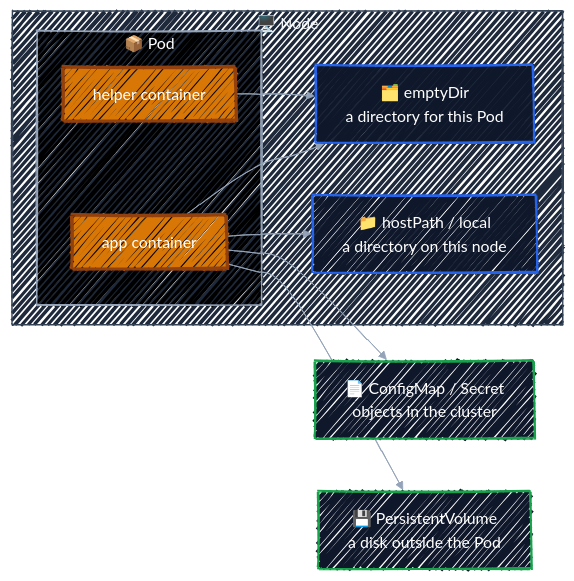
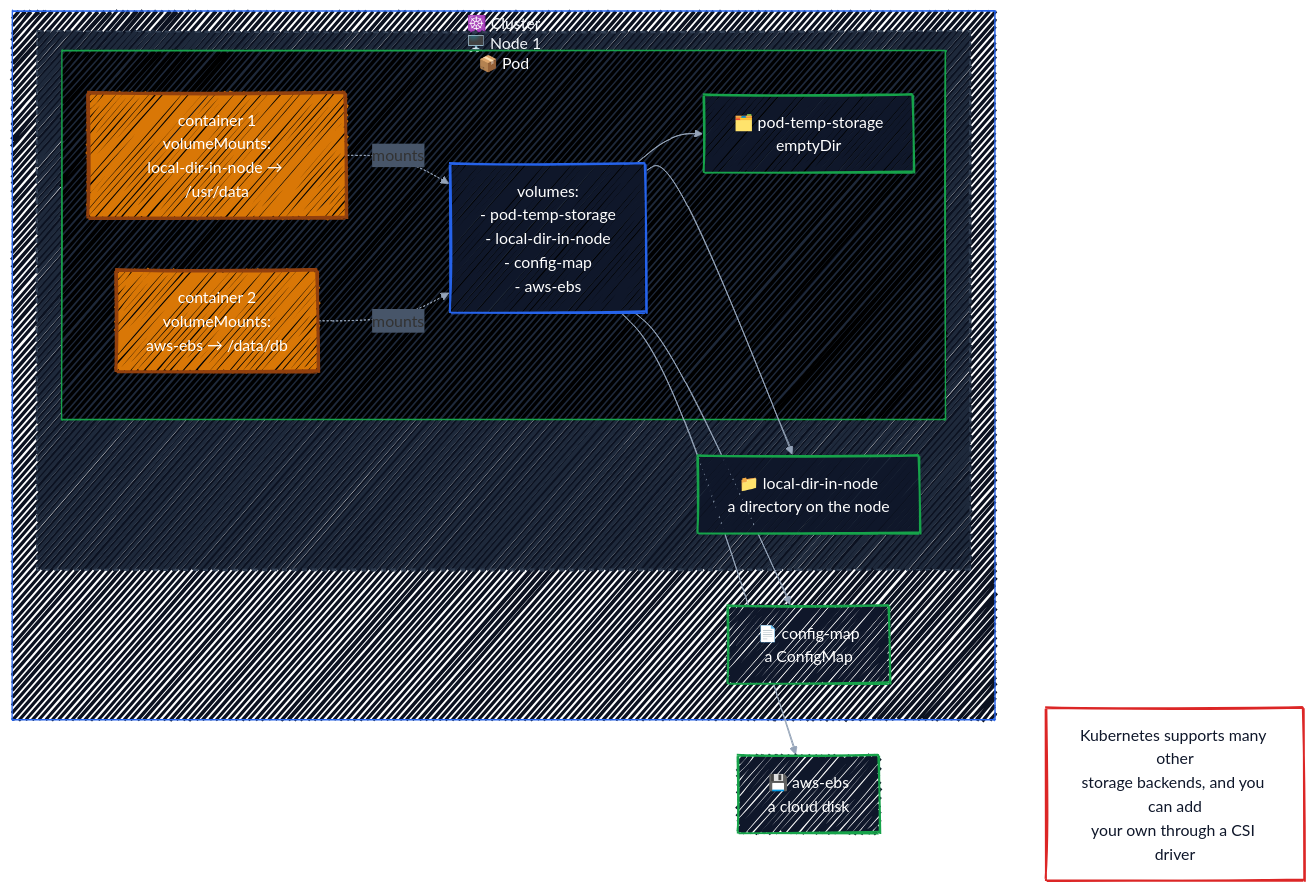
Before and after one commit to r97221004/k8s-tutorial: the diagram in docs/volumes/introduction-to-volumes.md, drawn with Mermaid. The commit also changed other lines of this file, not shown here.

Commit message:
docs: redraw the volumes diagram after the course's layout
Show a Pod with four volumes inside nested cluster, node, and Pod
boxes, so each volume's data sits where it really lives: in the Pod,
on the node, in the cluster, or outside it. Add the note on plugging
in other storage through CSI drivers.

````diff
--- a/docs/volumes/introduction-to-volumes.md
+++ b/docs/volumes/introduction-to-volumes.md
@@ -48,37 +48,49 @@
 ```mermaid
 ---
 config:
   look: handDrawn
   theme: default
   themeVariables:
     fontFamily: '"Comic Sans MS", "Comic Sans", "Segoe Print", "Bradley Hand", cursive'
     lineColor: '#94A3B8'
+    edgeLabelBackground: '#475569'
+  themeCSS: |
+    .edgeLabel, .edgeLabel p, .edgeLabel span { color: #FFFFFF !important; }
 ---
 flowchart LR
-    subgraph node["🖥️ Node"]
-        subgraph pod["📦 Pod"]
-            app["app container"]
-            helper["helper container"]
+    subgraph cluster["☸️ Cluster"]
+        subgraph node["🖥️ Node 1"]
+            subgraph pod["📦 Pod"]
+                vols["volumes:<br/>- pod-temp-storage<br/>- local-dir-in-node<br/>- config-map<br/>- aws-ebs"]
+                c1["container 1<br/>volumeMounts:<br/>local-dir-in-node → /usr/data"]
+                c2["container 2<br/>volumeMounts:<br/>aws-ebs → /data/db"]
+                tmp["🗂️ pod-temp-storage<br/>emptyDir"]
+            end
+            local["📁 local-dir-in-node<br/>a directory on the node"]
         end
-        empty["🗂️ emptyDir<br/>a directory for this Pod"]
-        host["📁 hostPath / local<br/>a directory on this node"]
+        cm["📄 config-map<br/>a ConfigMap"]
     end
-    cm["📄 ConfigMap / Secret<br/>objects in the cluster"]
-    pv["💾 PersistentVolume<br/>a disk outside the Pod"]
+    ebs["💾 aws-ebs<br/>a cloud disk"]
+    note["Kubernetes supports many other<br/>storage backends, and you can add<br/>your own through a CSI driver"]
 
-    app --> empty
-    helper --> empty
-    app --> host
-    app --> cm
-    app --> pv
+    c1 -.->|mounts| vols
+    c2 -.->|mounts| vols
+    vols --> tmp
+    vols --> local
+    vols --> cm
+    vols --> ebs
+    ebs ~~~ note
 
     classDef ctrl fill:#0F172A,stroke:#2563EB,stroke-width:2px,color:#FFFFFF
     classDef eng fill:#D97706,stroke:#92400E,stroke-width:3px,color:#FFFFFF
     classDef tgt fill:#0F172A,stroke:#16A34A,stroke-width:2px,color:#FFFFFF
-    class app,helper eng
-    class empty,host ctrl
-    class cm,pv tgt
+    classDef memo fill:#FFFFFF,stroke:#DC2626,stroke-width:2px,color:#0F172A
+    class c1,c2 eng
+    class vols ctrl
+    class tmp,local,cm,ebs tgt
+    class note memo
 
-    style node fill:#1E293B,stroke:#334155,color:#F1F5F9,fillStyle:solid
-    style pod fill:#000000,stroke:#94A3B8,color:#FFFFFF,fillStyle:solid
+    style cluster fill:#0B1120,stroke:#2563EB,color:#F1F5F9,fillStyle:solid
+    style node fill:#1E293B,stroke:#334155,stroke-dasharray:5 5,color:#F1F5F9,fillStyle:solid
+    style pod fill:#000000,stroke:#16A34A,color:#FFFFFF,fillStyle:solid
 ```
````
